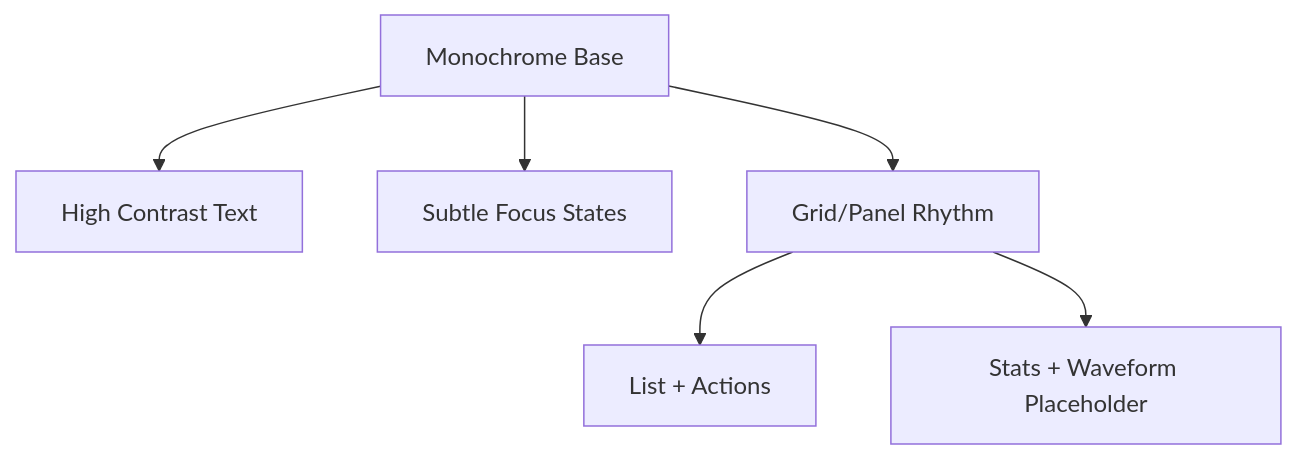
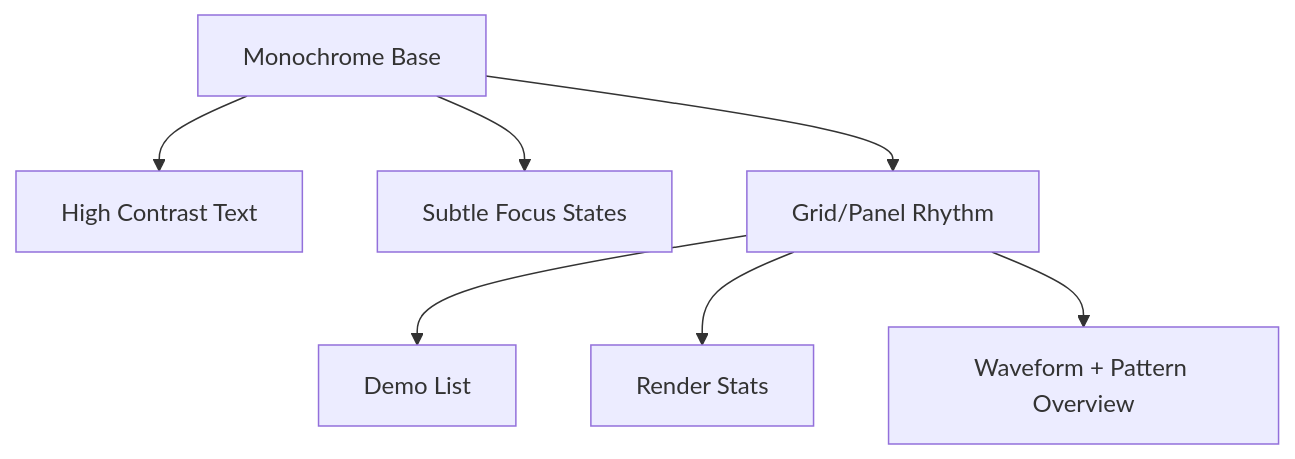
Before and after one commit to chussenot/memdeck: the second of 2 diagrams in docs/gui-ux-principles.md, drawn with Mermaid. The commit also changed other lines of this file and 5 other files, not shown here.

````diff
--- a/docs/gui-ux-principles.md
+++ b/docs/gui-ux-principles.md
@@ -71,8 +73,9 @@
 ```mermaid
 flowchart TD
     A[Monochrome Base] --> B[High Contrast Text]
     A --> C[Subtle Focus States]
     A --> D[Grid/Panel Rhythm]
-    D --> E[List + Actions]
-    D --> F[Stats + Waveform Placeholder]
+    D --> E[Demo List]
+    D --> F[Render Stats]
+    D --> G[Waveform + Pattern Overview]
 ```
````
